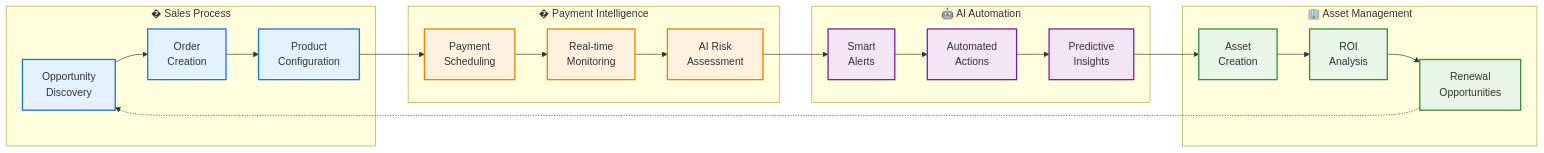
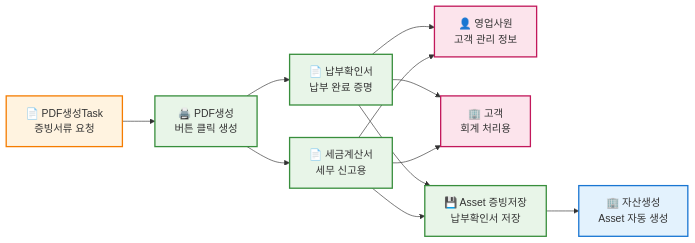
Before and after one commit to MoonJH-2/MainOrgProject: the sixth of 8 diagrams in README.md, drawn with Mermaid. The commit also changed other lines of this file, not shown here.

````diff
--- a/README.md
+++ b/README.md
@@ -119,37 +184,32 @@
 ```mermaid
 flowchart LR
-    subgraph "� Sales Process"
-        OPP[Opportunity<br/>Discovery] --> ORD[Order<br/>Creation]
-        ORD --> PROD[Product<br/>Configuration]
-    end
+    L["📄 PDF생성Task<br>증빙서류 요청"] --> O["🖨️ PDF생성<br>버튼 클릭 생성"]
     
-    subgraph "� Payment Intelligence"
-        PROD --> PAY[Payment<br/>Scheduling]
-        PAY --> MON[Real-time<br/>Monitoring]
-        MON --> AI_RISK[AI Risk<br/>Assessment]
-    end
+    O --> P["📄 납부확인서<br>납부 완료 증명"]
+    O --> Q["📄 세금계산서<br>세무 신고용"]
     
-    subgraph "🤖 AI Automation"
-        AI_RISK --> ALERT[Smart<br/>Alerts]
-        ALERT --> AUTO[Automated<br/>Actions]
-        AUTO --> INSIGHT[Predictive<br/>Insights]
-    end
+    P --> R["👤 영업사원<br>고객 관리 정보"]
+    P --> S["🏢 고객<br>회계 처리용"]
+    P --> AssetDoc["💾 Asset 증빙저장<br>납부확인서 저장"]
     
-    subgraph "🏢 Asset Management"
-        INSIGHT --> ASSET[Asset<br/>Creation]
-        ASSET --> ROI[ROI<br/>Analysis]
-        ROI --> RENEW[Renewal<br/>Opportunities]
-    end
+    Q --> R
+    Q --> S
+    Q --> AssetDoc
     
-    RENEW -.-> OPP
+    AssetDoc --> N["🏢 자산생성<br>Asset 자동 생성"]
     
-    classDef sales fill:#e3f2fd,stroke:#1976d2,stroke-width:2px
-    classDef payment fill:#fff3e0,stroke:#f57c00,stroke-width:2px
-    classDef ai fill:#f3e5f5,stroke:#7b1fa2,stroke-width:2px
-    classDef asset fill:#e8f5e8,stroke:#388e3c,stroke-width:2px
+    %% 스타일 정의
+    L:::task
+    O:::pdf
+    P:::pdf
+    Q:::pdf
+    R:::people
+    S:::people
+    AssetDoc:::pdf
+    N:::main
     
-    class OPP,ORD,PROD sales
-    class PAY,MON,AI_RISK payment
-    class ALERT,AUTO,INSIGHT ai
-    class ASSET,ROI,RENEW asset
+    classDef task fill:#fff3e0,stroke:#f57c00,stroke-width:2px
+    classDef pdf fill:#e8f5e8,stroke:#388e3c,stroke-width:2px
+    classDef people fill:#fce4ec,stroke:#c2185b,stroke-width:2px
+    classDef main fill:#e3f2fd,stroke:#1976d2,stroke-width:2px
 ```
````
